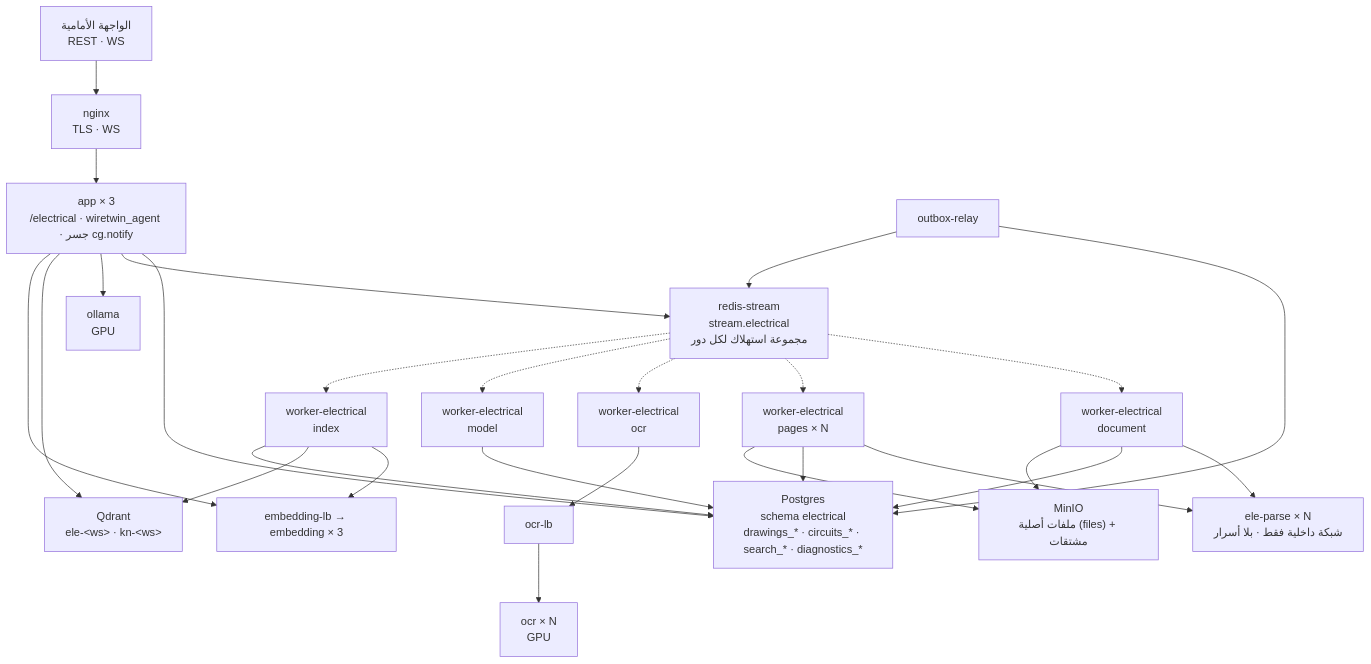
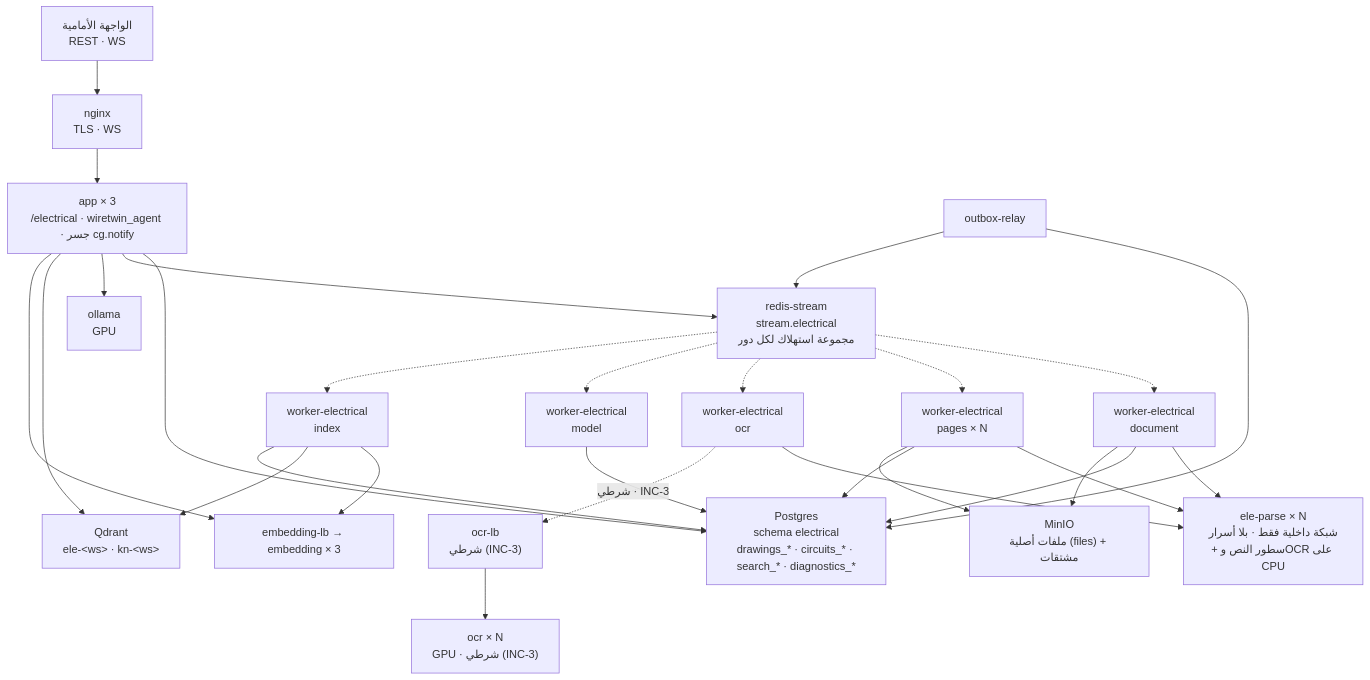
One commit to anastawahia/aizzak changed the second of 10 diagrams in docs/delivery/electrical-drawings/docs/hld.md. Above: the diagram before and after it, drawn with Mermaid. The commit also changed other lines of this file and 3 other files, not shown here.

````diff
--- a/docs/delivery/electrical-drawings/docs/hld.md
+++ b/docs/delivery/electrical-drawings/docs/hld.md
@@ -275,46 +277,47 @@
 ```mermaid
 graph TD
     Client["الواجهة الأمامية<br/>REST · WS"]
     Nginx["nginx<br/>TLS · WS"]
     App["app × 3<br/>/electrical · wiretwin_agent · جسر cg.notify"]
     Relay["outbox-relay"]
     RS["redis-stream<br/>stream.electrical<br/>مجموعة استهلاك لكل دور"]
     WDoc["worker-electrical<br/>document"]
     WPg["worker-electrical<br/>pages × N"]
     WOcr["worker-electrical<br/>ocr"]
     WMod["worker-electrical<br/>model"]
     WIdx["worker-electrical<br/>index"]
-    Parse["ele-parse × N<br/>شبكة داخلية فقط · بلا أسرار"]
-    OCRLB["ocr-lb"]
-    OCR["ocr × N<br/>GPU"]
+    Parse["ele-parse × N<br/>شبكة داخلية فقط · بلا أسرار<br/>+ سطور النص وOCR على CPU"]
+    OCRLB["ocr-lb<br/>شرطي (INC‑3)"]
+    OCR["ocr × N<br/>GPU · شرطي (INC‑3)"]
     Oll["ollama<br/>GPU"]
     EmbLB["embedding-lb → embedding × 3"]
     PG["Postgres<br/>schema electrical<br/>drawings_* · circuits_* · search_* · diagnostics_*"]
     MinIO["MinIO<br/>ملفات أصلية (files) + مشتقات"]
     QD["Qdrant<br/>ele-&lt;ws&gt; · kn-&lt;ws&gt;"]
 
     Client --> Nginx --> App
     App --> PG
     App --> RS
     App --> Oll
     App --> QD
     App --> EmbLB
     Relay --> PG
     Relay --> RS
     RS -.-> WDoc
     RS -.-> WPg
     RS -.-> WOcr
     RS -.-> WMod
     RS -.-> WIdx
     WDoc --> Parse
     WPg --> Parse
-    WOcr --> OCRLB --> OCR
+    WOcr --> Parse
+    WOcr -.->|شرطي · INC‑3| OCRLB --> OCR
     WDoc --> PG
     WPg --> PG
     WPg --> MinIO
     WMod --> PG
     WIdx --> EmbLB
     WIdx --> QD
     WIdx --> PG
     WDoc --> MinIO
 ```
````
